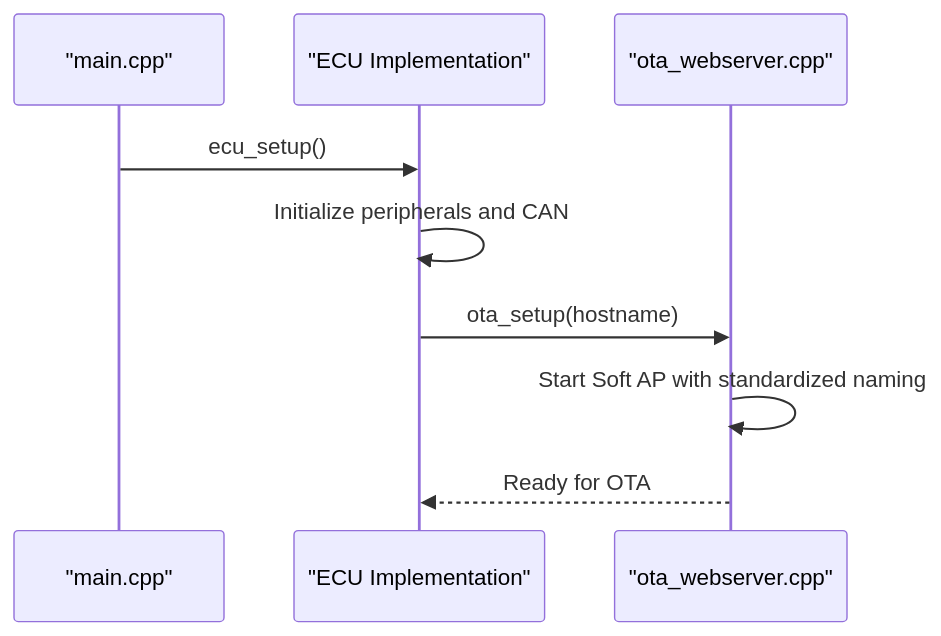
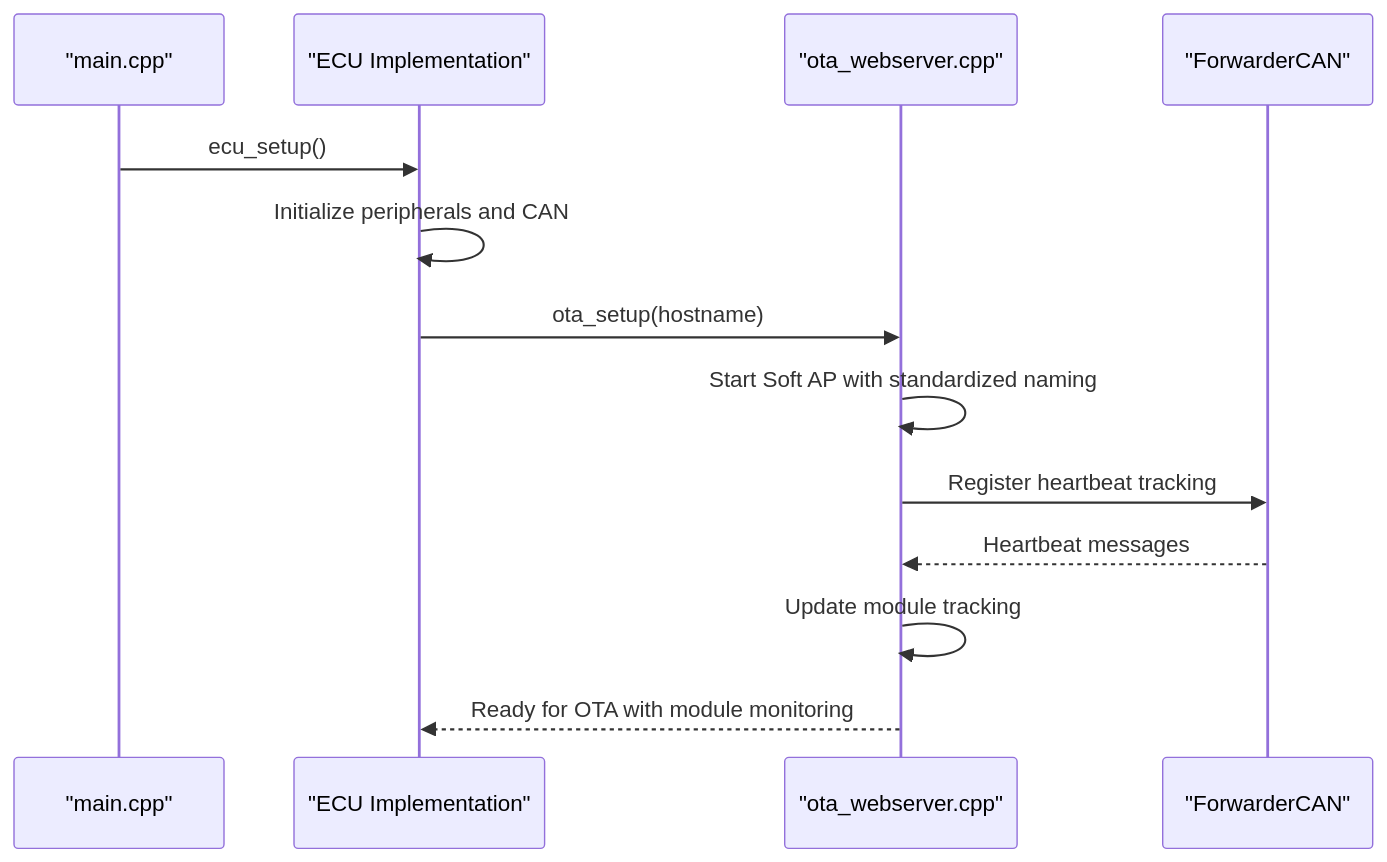
One commit to gunicsba/ESP_CAN_ECU_joystick_collection changed the fifth of 9 diagrams in .qoder/repowiki/en/content/OTA Firmware Updates/OTA Firmware Updates.md. Above: the diagram before and after it, drawn with Mermaid. The commit also changed other lines of this file and 11 other files, not shown here.

````diff
--- a/.qoder/repowiki/en/content/OTA Firmware Updates/OTA Firmware Updates.md
+++ b/.qoder/repowiki/en/content/OTA Firmware Updates/OTA Firmware Updates.md
@@ -179,11 +220,15 @@
 ```mermaid
 sequenceDiagram
 participant Main as "main.cpp"
 participant ECU as "ECU Implementation"
 participant OTA as "ota_webserver.cpp"
+participant CAN as "ForwarderCAN"
 Main->>ECU : ecu_setup()
 ECU->>ECU : Initialize peripherals and CAN
 ECU->>OTA : ota_setup(hostname)
 OTA->>OTA : Start Soft AP with standardized naming
-OTA-->>ECU : Ready for OTA
+OTA->>CAN : Register heartbeat tracking
+CAN-->>OTA : Heartbeat messages
+OTA->>OTA : Update module tracking
+OTA-->>ECU : Ready for OTA with module monitoring
 ```
````
